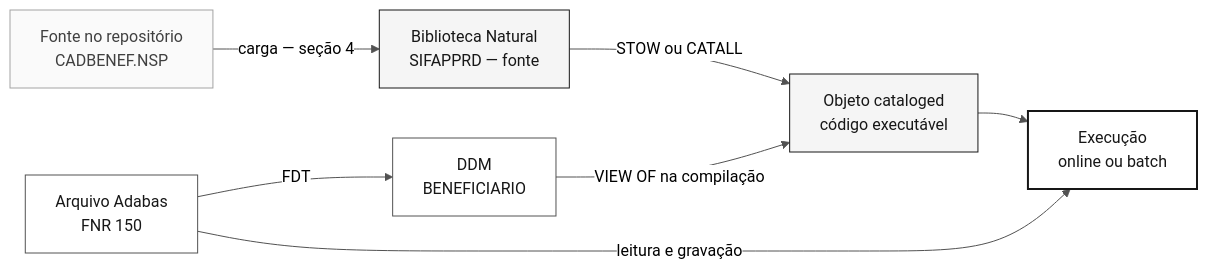
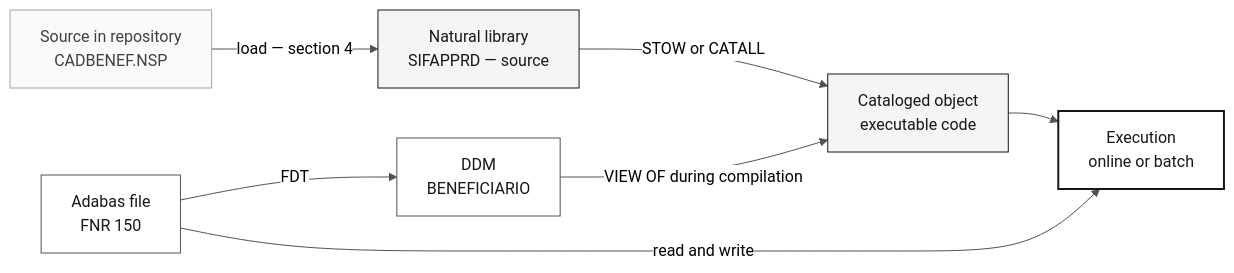
The diagram in 01-arqueologia/COMO-COMPILAR-E-EXECUTAR.md (paulasilvatech/datacorp-mm-team-kit), drawn with Mermaid before and after one commit. The commit also changed other lines of this file and 169 other files, not shown here.

````diff
--- a/01-arqueologia/COMO-COMPILAR-E-EXECUTAR.md
+++ b/01-arqueologia/COMO-COMPILAR-E-EXECUTAR.md
@@ -114,22 +112,22 @@
 ```mermaid
 %%{init: {'theme':'neutral','themeVariables':{'fontFamily':'ui-sans-serif, system-ui, sans-serif','primaryColor':'#F5F5F5','primaryTextColor':'#171717','primaryBorderColor':'#171717','lineColor':'#525252','secondaryColor':'#FFFFFF','tertiaryColor':'#FAFAFA','background':'#FFFFFF'}}}%%
 flowchart LR
     classDef step fill:#F5F5F5,stroke:#171717,color:#171717
     classDef alt fill:#FFFFFF,stroke:#525252,color:#171717
     classDef muted fill:#FAFAFA,stroke:#A3A3A3,color:#404040
     classDef result fill:#FFFFFF,stroke:#171717,color:#171717,stroke-width:2px
 
-    SRC["Fonte no repositório<br/>CADBENEF.NSP"]:::muted
-    LIB["Biblioteca Natural<br/>SIFAPPRD — fonte"]:::step
-    OBJ["Objeto cataloged<br/>código executável"]:::step
-    EXEC["Execução<br/>online ou batch"]:::result
+    SRC["Source in repository<br/>CADBENEF.NSP"]:::muted
+    LIB["Natural library<br/>SIFAPPRD — source"]:::step
+    OBJ["Cataloged object<br/>executable code"]:::step
+    EXEC["Execution<br/>online or batch"]:::result
     DDM["DDM<br/>BENEFICIARIO"]:::alt
-    FILE["Arquivo Adabas<br/>FNR 150"]:::alt
+    FILE["Adabas file<br/>FNR 150"]:::alt
 
-    SRC -->|"carga — seção 4"| LIB
-    LIB -->|"STOW ou CATALL"| OBJ
+    SRC -->|"load — section 4"| LIB
+    LIB -->|"STOW or CATALL"| OBJ
     OBJ --> EXEC
     FILE -->|"FDT"| DDM
-    DDM -->|"VIEW OF na compilação"| OBJ
-    FILE -->|"leitura e gravação"| EXEC
+    DDM -->|"VIEW OF during compilation"| OBJ
+    FILE -->|"read and write"| EXEC
 ```
````
